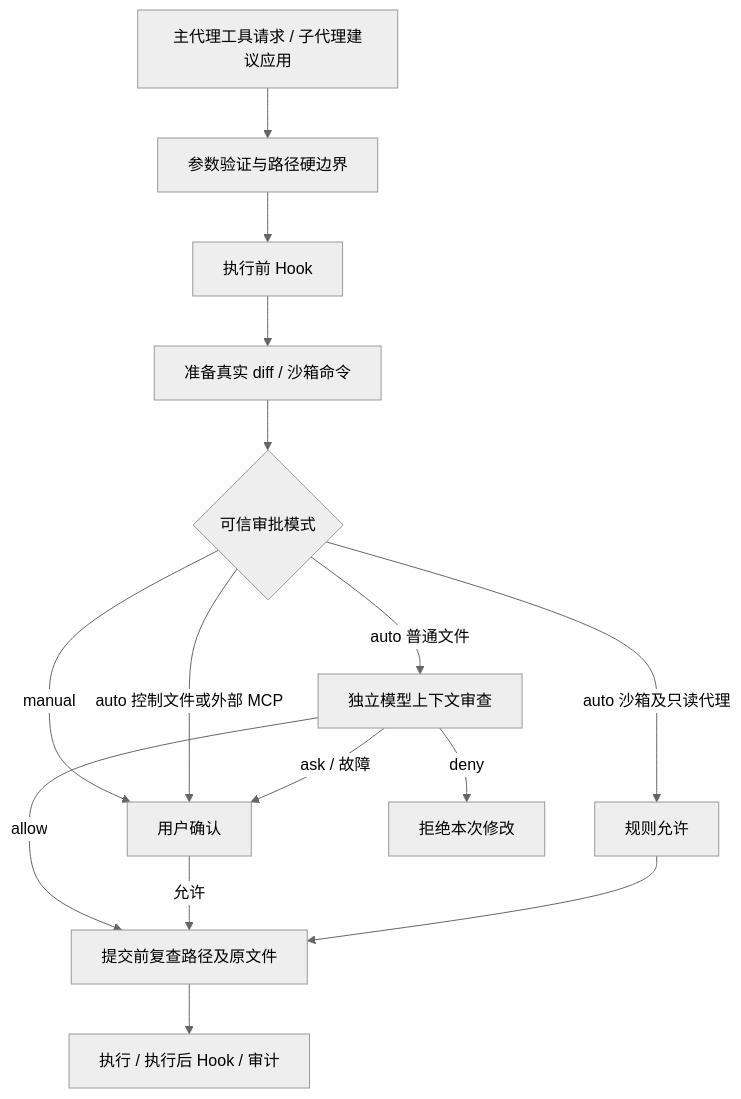
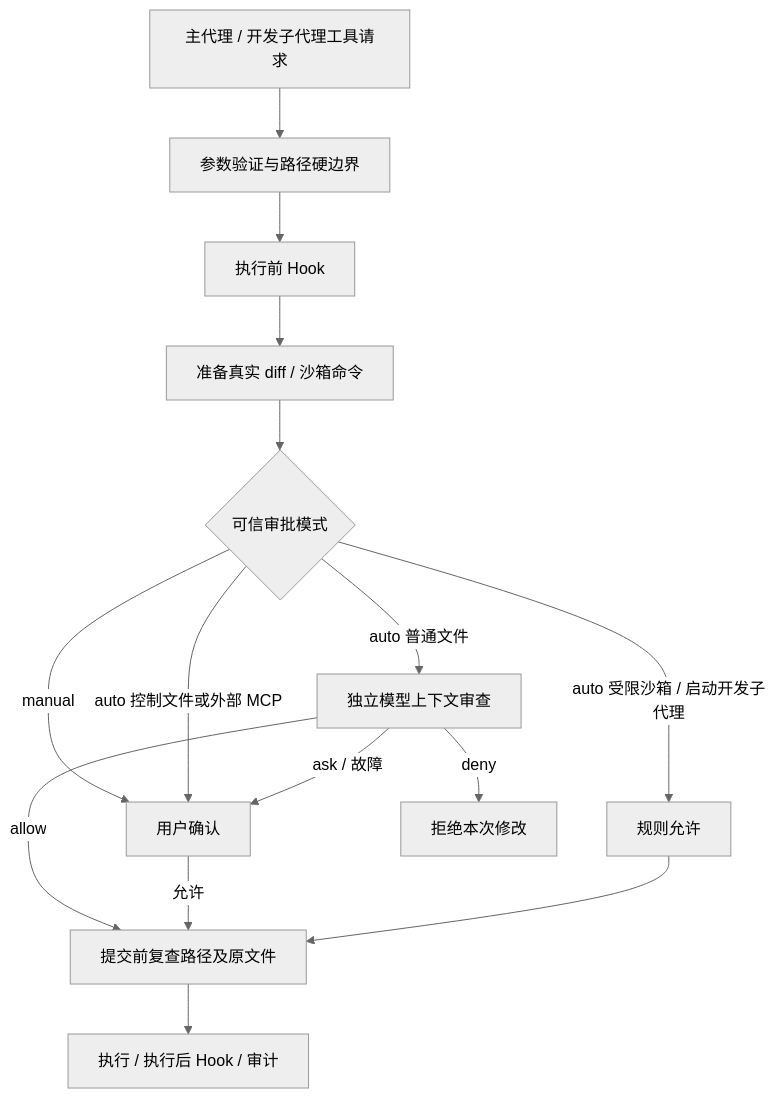
One commit to CatoNeneko/my_local_cli changed the diagram in docs/APPROVAL.md. Above: the diagram before and after it, drawn with Mermaid (neutral theme). The commit also changed other lines of this file and 227 other files, not shown here.

````diff
--- a/docs/APPROVAL.md
+++ b/docs/APPROVAL.md
@@ -5,17 +5,17 @@
 ```mermaid
 flowchart TD
-    A[主代理工具请求 / 子代理建议应用] --> B[参数验证与路径硬边界]
+    A[主代理 / 开发子代理工具请求] --> B[参数验证与路径硬边界]
     B --> C[执行前 Hook]
     C --> D[准备真实 diff / 沙箱命令]
     D --> E{可信审批模式}
     E -->|manual| F[用户确认]
-    E -->|auto 沙箱及只读代理| G[规则允许]
+    E -->|auto 受限沙箱 / 启动开发子代理| G[规则允许]
     E -->|auto 普通文件| H[独立模型上下文审查]
     E -->|auto 控制文件或外部 MCP| F
     H -->|allow| I[提交前复查路径及原文件]
     H -->|ask / 故障| F
     H -->|deny| J[拒绝本次修改]
     F -->|允许| I
     G --> I
     I --> K[执行 / 执行后 Hook / 审计]
 ```
````
